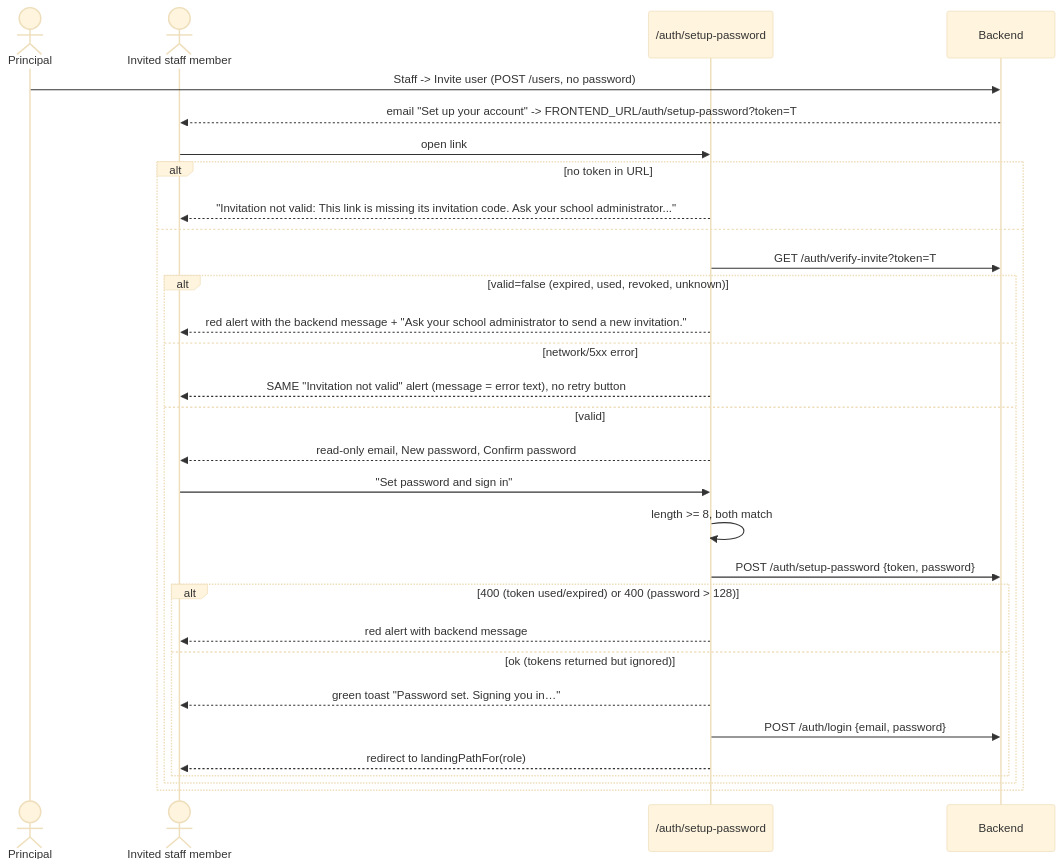
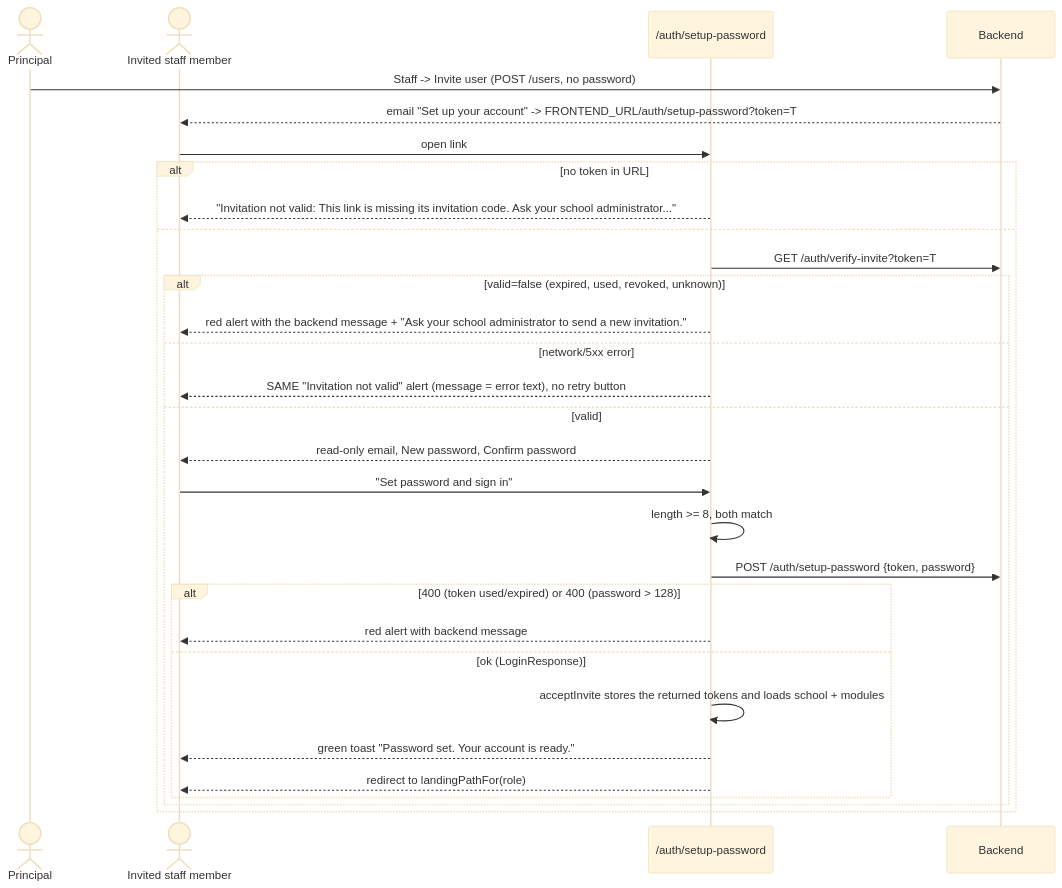
Before and after one commit to Fastrackgh/fastrack-home: the first of 2 diagrams in docs/user-flows/password-reset-and-invite-acceptance.md, drawn with Mermaid (base theme). The commit also changed other lines of this file and 9 other files, not shown here.

Commit message:
docs: QA re-tests for QA-204, QA-206, QA-208 and QA-212; flow updates

````diff
--- a/docs/user-flows/password-reset-and-invite-acceptance.md
+++ b/docs/user-flows/password-reset-and-invite-acceptance.md
@@ -21,32 +23,32 @@
 ```mermaid
 sequenceDiagram
   actor P as Principal
   actor N as Invited staff member
   participant FE as /auth/setup-password
   participant API as Backend
   P->>API: Staff -> Invite user (POST /users, no password)
   API-->>N: email "Set up your account" -> FRONTEND_URL/auth/setup-password?token=T
   N->>FE: open link
   alt no token in URL
     FE-->>N: "Invitation not valid: This link is missing its invitation code. Ask your school administrator..."
   else
     FE->>API: GET /auth/verify-invite?token=T
     alt valid=false (expired, used, revoked, unknown)
       FE-->>N: red alert with the backend message + "Ask your school administrator to send a new invitation."
     else network/5xx error
       FE-->>N: SAME "Invitation not valid" alert (message = error text), no retry button
     else valid
       FE-->>N: read-only email, New password, Confirm password
       N->>FE: "Set password and sign in"
       FE->>FE: length >= 8, both match
       FE->>API: POST /auth/setup-password {token, password}
       alt 400 (token used/expired) or 400 (password > 128)
         FE-->>N: red alert with backend message
-      else ok (tokens returned but ignored)
-        FE-->>N: green toast "Password set. Signing you in…"
-        FE->>API: POST /auth/login {email, password}
+      else ok (LoginResponse)
+        FE->>FE: acceptInvite stores the returned tokens and loads school + modules
+        FE-->>N: green toast "Password set. Your account is ready."
         FE-->>N: redirect to landingPathFor(role)
       end
     end
   end
 ```
````
